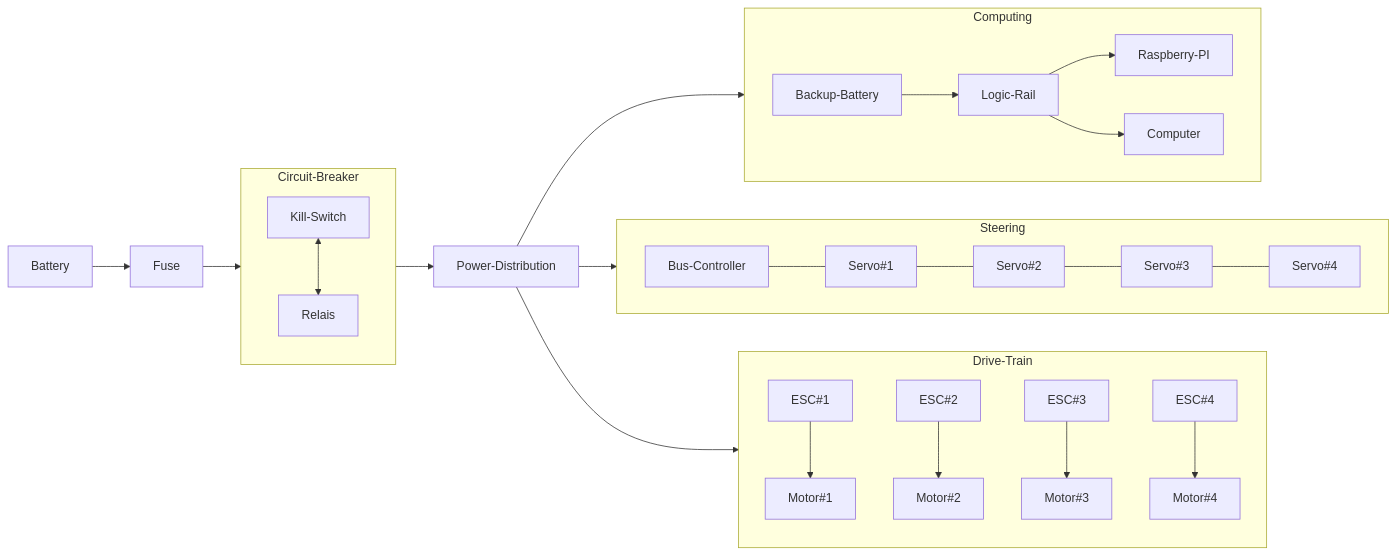
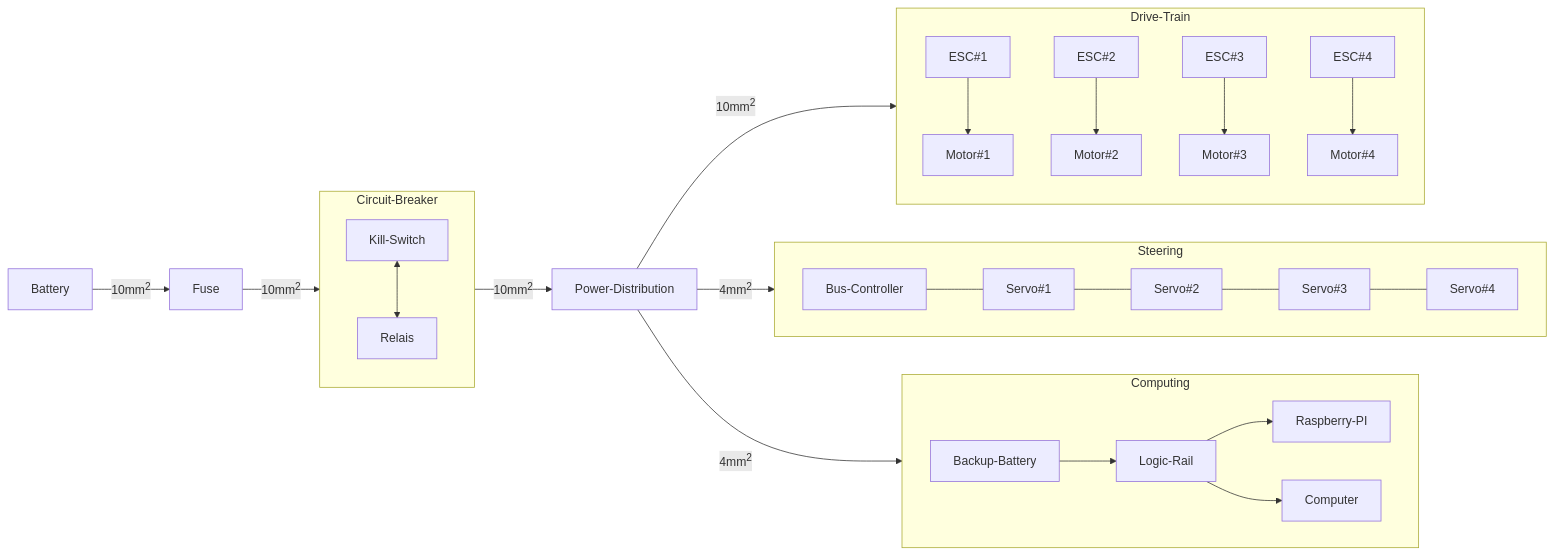
One commit to RWU-R2M/PE changed the diagram in hardware/wiring-diagram.mmd. Above: the diagram before and after it, drawn with Mermaid.

Commit message:
added wire cross-sections

```diff
--- a/hardware/wiring-diagram.mmd
+++ b/hardware/wiring-diagram.mmd
@@ -1,39 +1,41 @@
 ---
 titel: Wiring Diagram
 ---
 
 graph LR
 
 subgraph Circuit-Breaker
     direction TB
     Kill-Switch <--> Relais
 end
 
 
 subgraph Drive-Train
     direction TB
     ESC#1 --> Motor#1
     ESC#2 --> Motor#2
     ESC#3 --> Motor#3
     ESC#4 --> Motor#4
 end
 
 subgraph Steering
     direction LR
     Bus-Controller ---
     Servo#1 ---
     Servo#2 ---
     Servo#3 ---
     Servo#4
 end
 
 subgraph Computing
     direction LR
     Backup-Battery
     Logic-Rail
     Raspberry-PI
     Backup-Battery --> Logic-Rail --> Raspberry-PI & Computer
 end
 
-Battery --> Fuse --> Circuit-Breaker --> 
-Power-Distribution --> Computing & Steering & Drive-Train
+Battery --> |10mm<sup>2| Fuse --> |10mm<sup>2|Circuit-Breaker --> |10mm<sup>2| Power-Distribution 
+Power-Distribution --> |10mm<sup>2| Drive-Train
+Power-Distribution --> |4mm<sup>2| Steering
+Power-Distribution --> |4mm<sup>2| Computing
```
